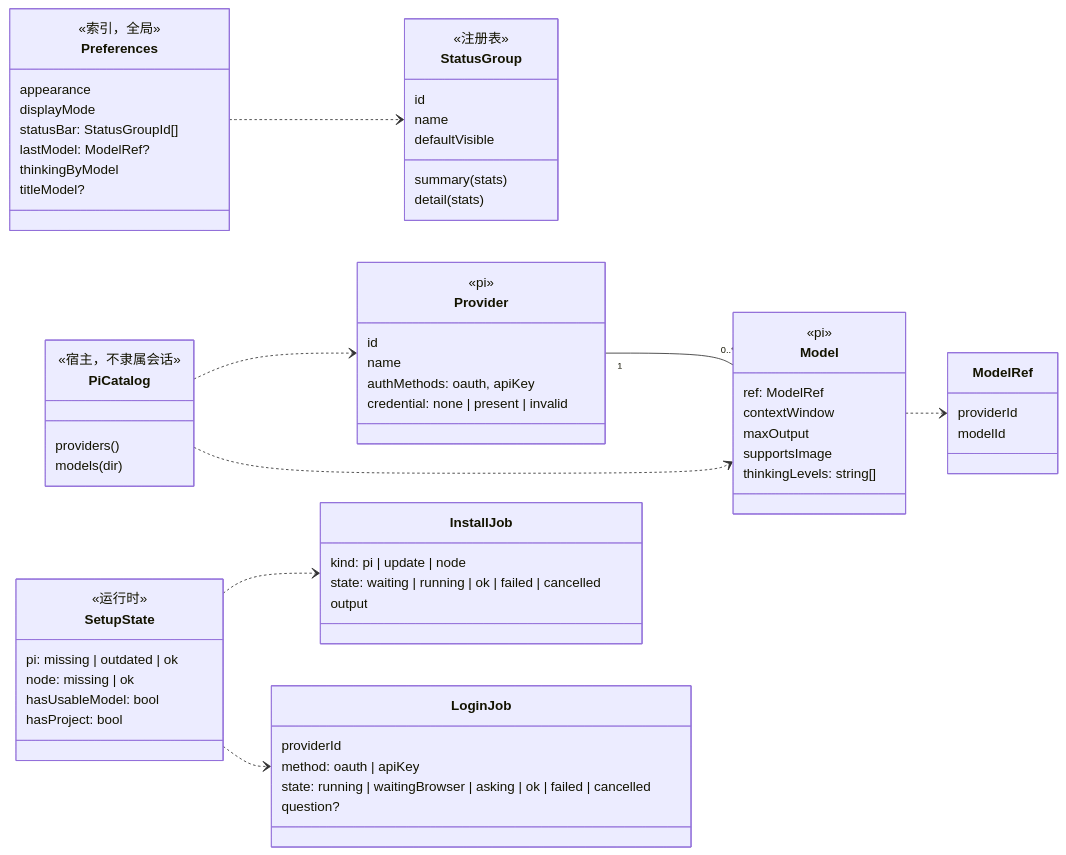
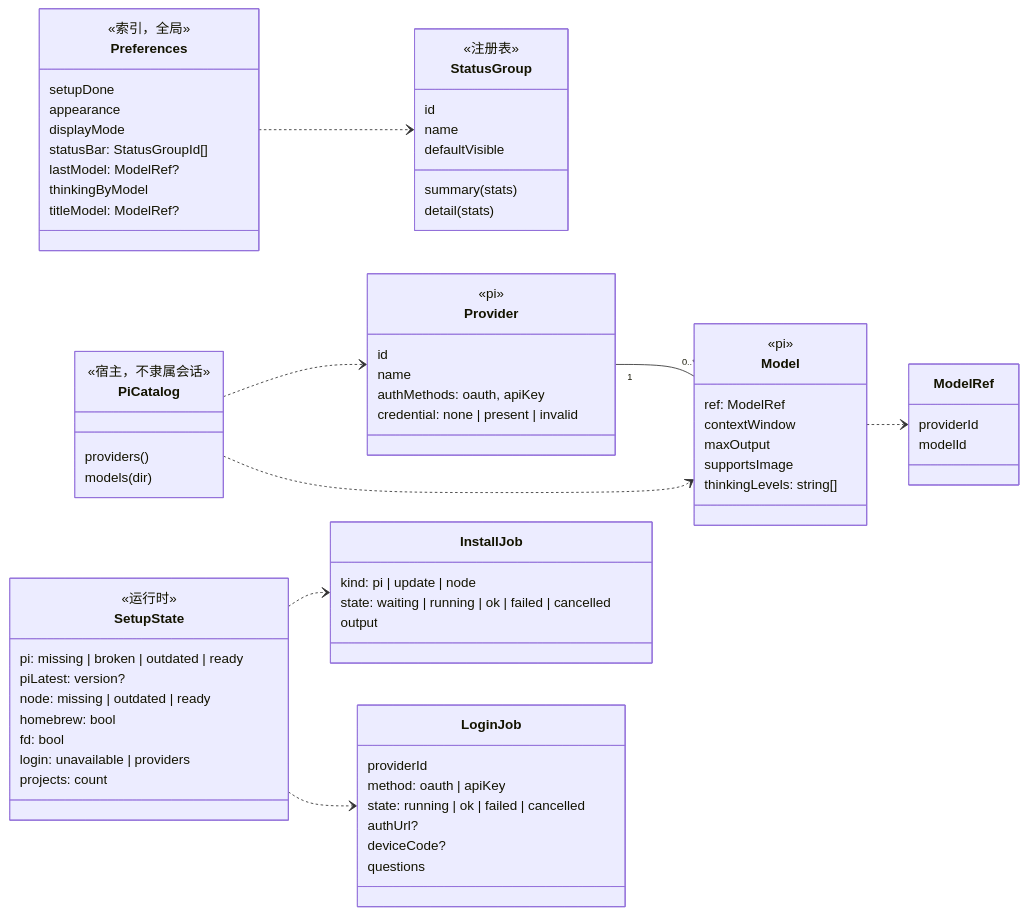
The fifth of 7 diagrams in docs/architecture/domain-model.md (Wan-Kai/atrium), drawn with Mermaid before and after one commit. The commit also changed other lines of this file and 14 other files, not shown here.

First line of the commit message:
Sign in through the installed pi with a login program run by the system Node

````diff
--- a/docs/architecture/domain-model.md
+++ b/docs/architecture/domain-model.md
@@ -450,70 +450,76 @@
 ```mermaid
 classDiagram
     direction LR
     class ModelRef {
       providerId
       modelId
     }
     class Provider {
       <<pi>>
       id
       name
       authMethods: oauth, apiKey
       credential: none | present | invalid
     }
     class Model {
       <<pi>>
       ref: ModelRef
       contextWindow
       maxOutput
       supportsImage
       thinkingLevels: string[]
     }
     class PiCatalog {
       <<宿主，不隶属会话>>
       providers()
       models(dir)
     }
     class Preferences {
       <<索引，全局>>
+      setupDone
       appearance
       displayMode
       statusBar: StatusGroupId[]
       lastModel: ModelRef?
       thinkingByModel
-      titleModel?
+      titleModel: ModelRef?
     }
     class StatusGroup {
       <<注册表>>
       id
       name
       defaultVisible
       summary(stats)
       detail(stats)
     }
     class SetupState {
       <<运行时>>
-      pi: missing | outdated | ok
-      node: missing | ok
-      hasUsableModel: bool
-      hasProject: bool
+      pi: missing | broken | outdated | ready
+      piLatest: version?
+      node: missing | outdated | ready
+      homebrew: bool
+      fd: bool
+      login: unavailable | providers
+      projects: count
     }
     class InstallJob {
       kind: pi | update | node
       state: waiting | running | ok | failed | cancelled
       output
     }
     class LoginJob {
       providerId
       method: oauth | apiKey
-      state: running | waitingBrowser | asking | ok | failed | cancelled
-      question?
+      state: running | ok | failed | cancelled
+      authUrl?
+      deviceCode?
+      questions
     }
     PiCatalog ..> Provider
     PiCatalog ..> Model
     Provider "1" -- "0..*" Model
     Model ..> ModelRef
     Preferences ..> StatusGroup
     SetupState ..> InstallJob
     SetupState ..> LoginJob
 ```
````
